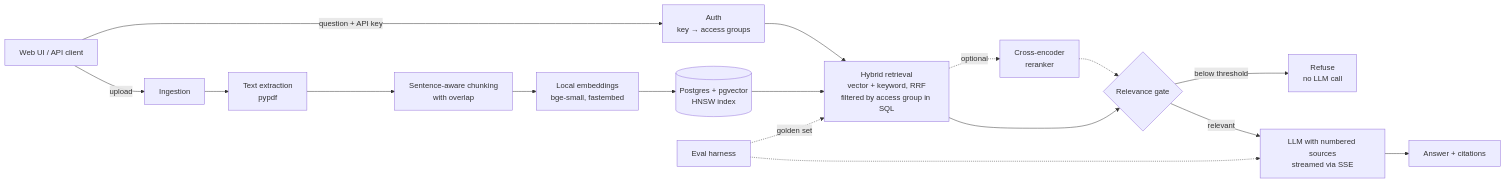
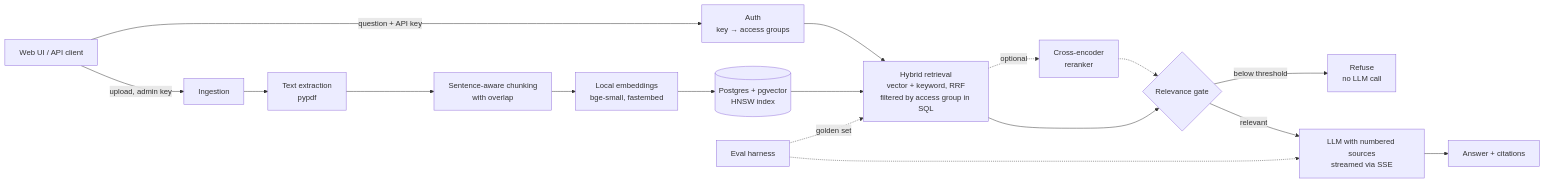
One commit to Gayathri2708/docpilot-rag changed the diagram in README.md. Above: the diagram before and after it, drawn with Mermaid. The commit also changed other lines of this file and 7 other files, not shown here.

First line of the commit message:
Admin role: only admin keys can upload or delete documents

````diff
--- a/README.md
+++ b/README.md
@@ -11,21 +11,21 @@
 ```mermaid
 flowchart LR
-    U[Web UI / API client] -->|upload| I[Ingestion]
+    U[Web UI / API client] -->|upload, admin key| I[Ingestion]
     I --> X[Text extraction<br/>pypdf]
     X --> C[Sentence-aware chunking<br/>with overlap]
     C --> E[Local embeddings<br/>bge-small, fastembed]
     E --> DB[(Postgres + pgvector<br/>HNSW index)]
 
     U -->|question + API key| K[Auth<br/>key → access groups]
     K --> R[Hybrid retrieval<br/>vector + keyword, RRF<br/>filtered by access group in SQL]
     DB --> R
     R -.->|optional| RR[Cross-encoder<br/>reranker]
     RR -.-> G
     R --> G{Relevance gate}
     G -->|below threshold| N[Refuse<br/>no LLM call]
     G -->|relevant| L[LLM with numbered sources<br/>streamed via SSE]
     L --> A[Answer + citations]
 
     EV[Eval harness] -.->|golden set| R
     EV -.-> L
 ```
````
